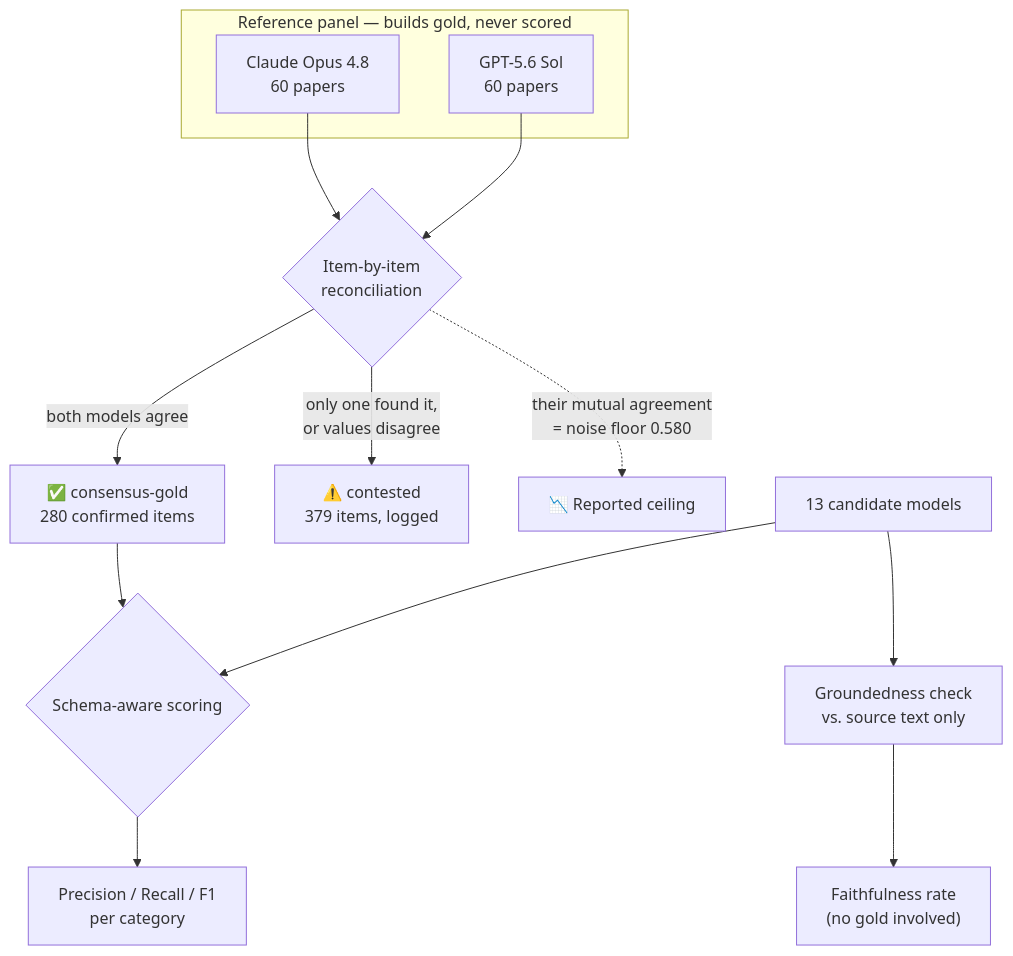
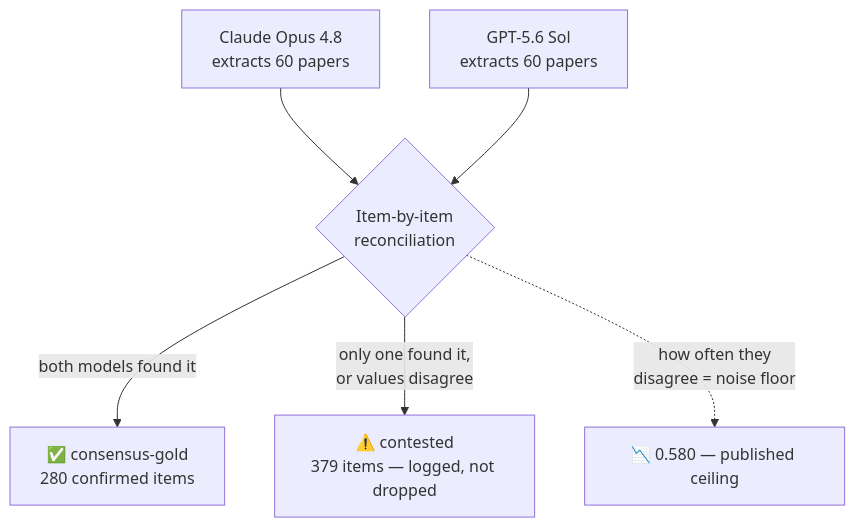
One commit to BRUH-MAIN/LiteratureMiningLLM changed the second of 2 diagrams in README.md. Above: the diagram before and after it, drawn with Mermaid. The commit also changed other lines of this file, not shown here.

````diff
--- a/README.md
+++ b/README.md
@@ -78,22 +200,8 @@
 ```mermaid
 flowchart TB
-    subgraph panel["Reference panel — builds gold, never scored"]
-        A["Claude Opus 4.8<br/>60 papers"]
-        B["GPT-5.6 Sol<br/>60 papers"]
-    end
-
-    A --> R{"Item-by-item<br/>reconciliation"}
-    B --> R
-
-    R -->|"both models agree"| G["✅ consensus-gold<br/>280 confirmed items"]
-    R -->|"only one found it,<br/>or values disagree"| C["⚠️ contested<br/>379 items, logged"]
-
-    R -.->|"their mutual agreement<br/>= noise floor 0.580"| N["📉 Reported ceiling"]
-
-    G --> S{"Schema-aware scoring"}
-    D["13 candidate models"] --> S
-    S --> F["Precision / Recall / F1<br/>per category"]
-
-    D --> GR["Groundedness check<br/>vs. source text only"]
-    GR --> F2["Faithfulness rate<br/>(no gold involved)"]
+    A["Claude Opus 4.8<br/>extracts 60 papers"] --> R{"Item-by-item<br/>reconciliation"}
+    B["GPT-5.6 Sol<br/>extracts 60 papers"] --> R
+    R -->|"both models found it"| G["✅ consensus-gold<br/>280 confirmed items"]
+    R -->|"only one found it,<br/>or values disagree"| C["⚠️ contested<br/>379 items — logged, not dropped"]
+    R -.->|"how often they<br/>disagree = noise floor"| N["📉 0.580 — published ceiling"]
 ```
````
